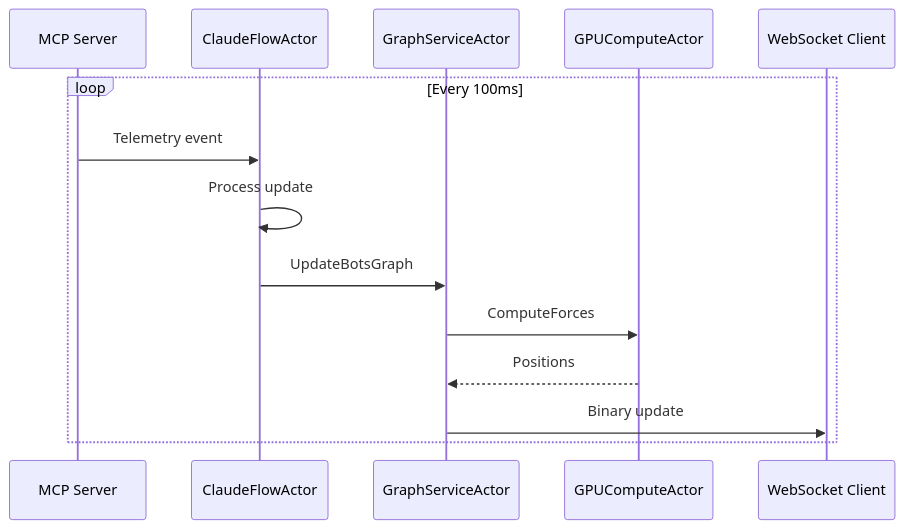
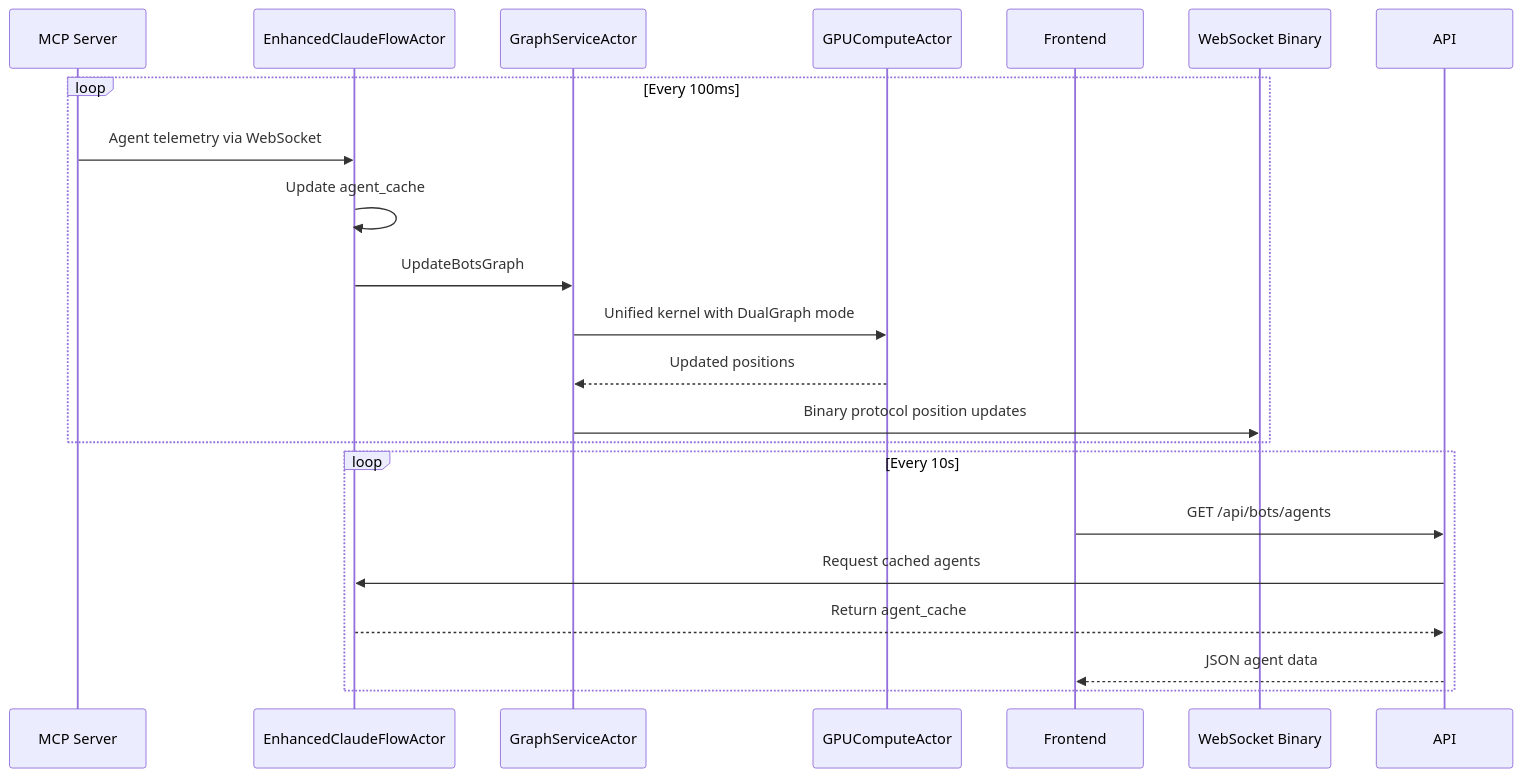
The third of 3 diagrams in docs/architecture/mcp-integration.md (DreamLab-AI/VisionFlow), drawn with Mermaid before and after one commit. The commit also changed other lines of this file and 22 other files, not shown here.

````diff
--- a/docs/architecture/mcp-integration.md
+++ b/docs/architecture/mcp-integration.md
@@ -187,17 +196,25 @@
 ```mermaid
 sequenceDiagram
     participant MCP as MCP Server
-    participant CFA as ClaudeFlowActor
+    participant ECFA as EnhancedClaudeFlowActor
     participant GSA as GraphServiceActor
     participant GPU as GPUComputeActor
-    participant WS as WebSocket Client
+    participant UI as Frontend
+    participant WS as WebSocket Binary
     
     loop Every 100ms
-        MCP->>CFA: Telemetry event
-        CFA->>CFA: Process update
-        CFA->>GSA: UpdateBotsGraph
-        GSA->>GPU: ComputeForces
-        GPU-->>GSA: Positions
-        GSA->>WS: Binary update
+        MCP->>ECFA: Agent telemetry via WebSocket
+        ECFA->>ECFA: Update agent_cache
+        ECFA->>GSA: UpdateBotsGraph
+        GSA->>GPU: Unified kernel with DualGraph mode
+        GPU-->>GSA: Updated positions
+        GSA->>WS: Binary protocol position updates
+    end
+    
+    loop Every 10s
+        UI->>API: GET /api/bots/agents
+        API->>ECFA: Request cached agents
+        ECFA-->>API: Return agent_cache
+        API-->>UI: JSON agent data
     end
 ```
````
